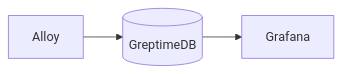
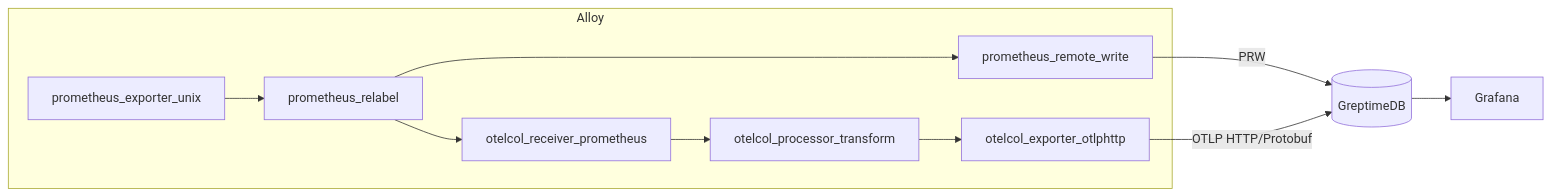
Before and after one commit to GreptimeTeam/demo-scene: the diagram in grafana-alloy/README.md, drawn with Mermaid. The commit also changed other lines of this file and 4 other files, not shown here.

````diff
--- a/grafana-alloy/README.md
+++ b/grafana-alloy/README.md
@@ -67,9 +74,19 @@
 ```mermaid
 flowchart LR
   greptimedb[(GreptimeDB)]
-  alloy[Alloy]
   grafana[Grafana]
 
-  alloy --> greptimedb
+  subgraph alloy[Alloy]
+    prometheus_exporter_unix --> prometheus_relabel
+    prometheus_relabel --> prometheus_remote_write
+
+    prometheus_relabel --> otelcol_receiver_prometheus
+    otelcol_receiver_prometheus --> otelcol_processor_transform
+    otelcol_processor_transform --> otelcol_exporter_otlphttp
+  end
+
+  prometheus_remote_write --> |PRW| greptimedb
+  otelcol_exporter_otlphttp --> |OTLP HTTP/Protobuf| greptimedb
+
   greptimedb --> grafana
 ```
````
